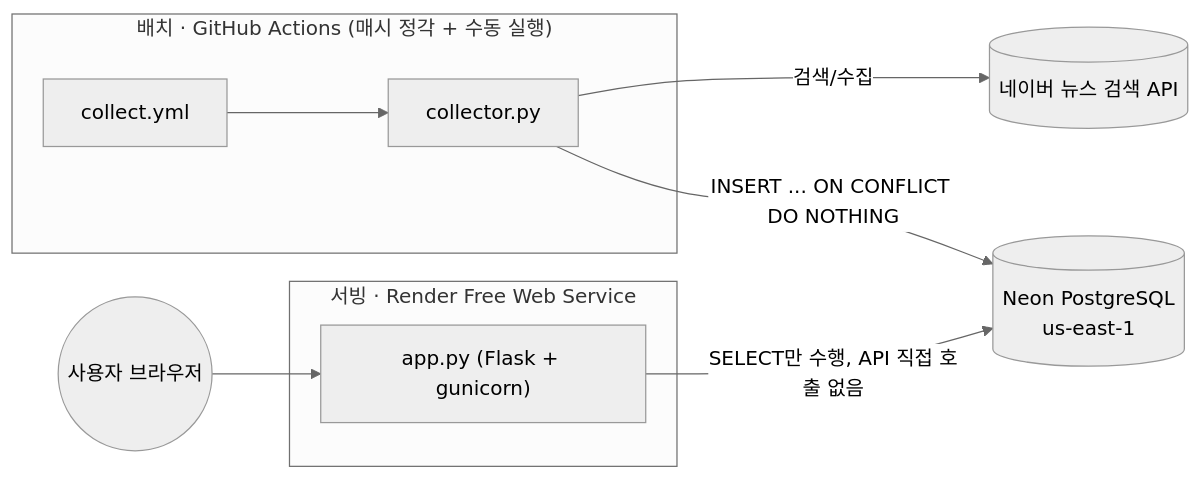
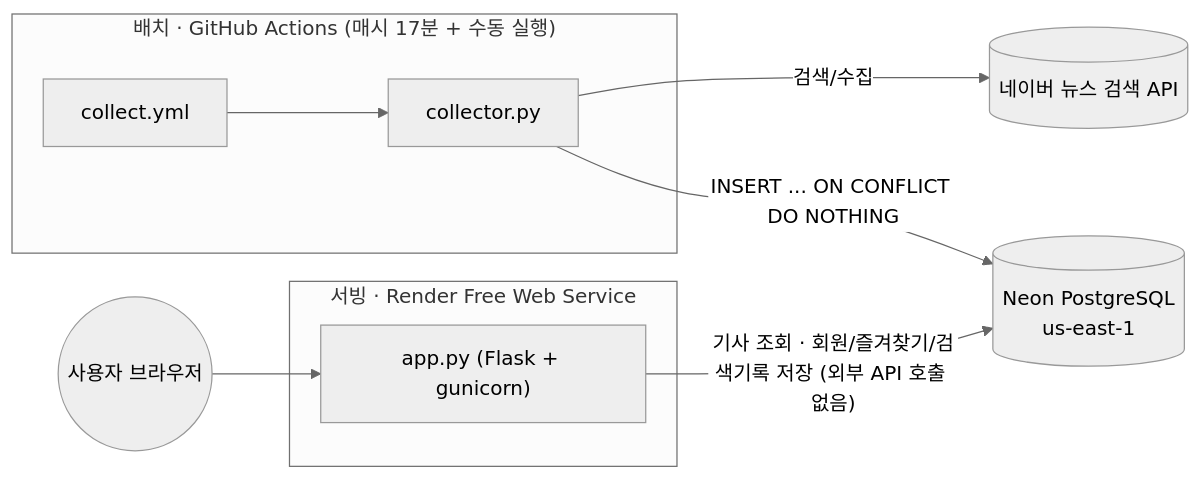
Before and after one commit to arongi27/newsletter-summary-rebuild: the diagram in README.md, drawn with Mermaid (neutral theme). The commit also changed other lines of this file, not shown here.

````diff
--- a/README.md
+++ b/README.md
@@ -26,19 +26,19 @@
 ```mermaid
 flowchart LR
-    subgraph Batch["배치 · GitHub Actions (매시 정각 + 수동 실행)"]
+    subgraph Batch["배치 · GitHub Actions (매시 17분 + 수동 실행)"]
         GH["collect.yml"] --> COL["collector.py"]
     end
 
     subgraph Serving["서빙 · Render Free Web Service"]
         WEB["app.py (Flask + gunicorn)"]
     end
 
     NAVER[("네이버 뉴스 검색 API")]
     DB[("Neon PostgreSQL\nus-east-1")]
     USER(("사용자 브라우저"))
 
     COL -->|검색/수집| NAVER
     COL -->|"INSERT ... ON CONFLICT DO NOTHING"| DB
-    WEB -->|SELECT만 수행, API 직접 호출 없음| DB
+    WEB -->|"기사 조회 · 회원/즐겨찾기/검색기록 저장 (외부 API 호출 없음)"| DB
     USER --> WEB
 ```
````
